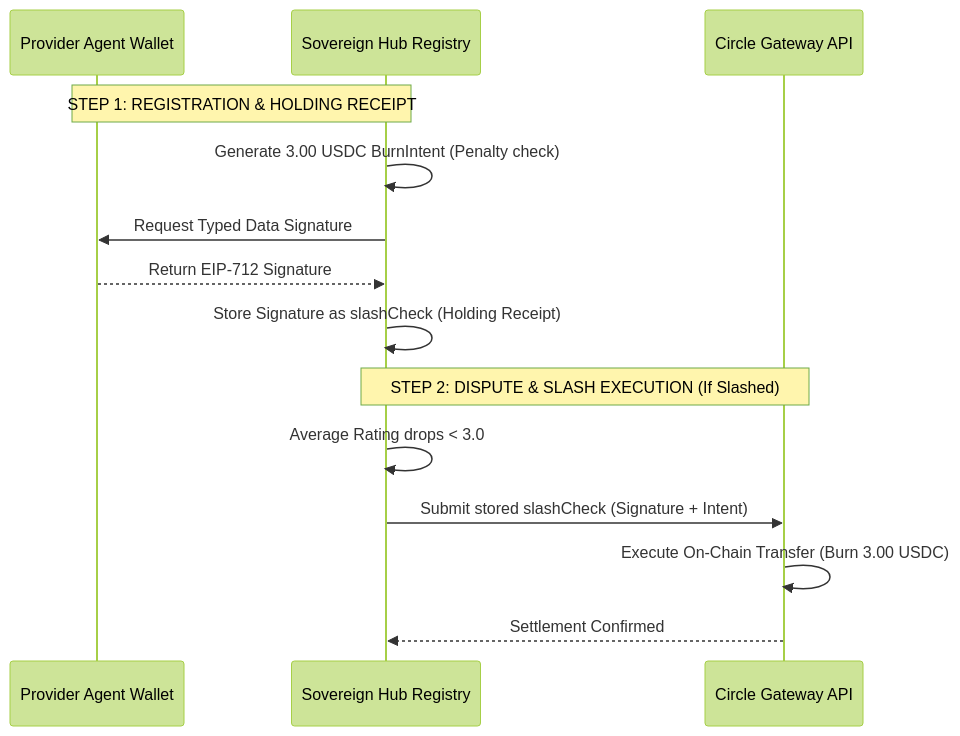
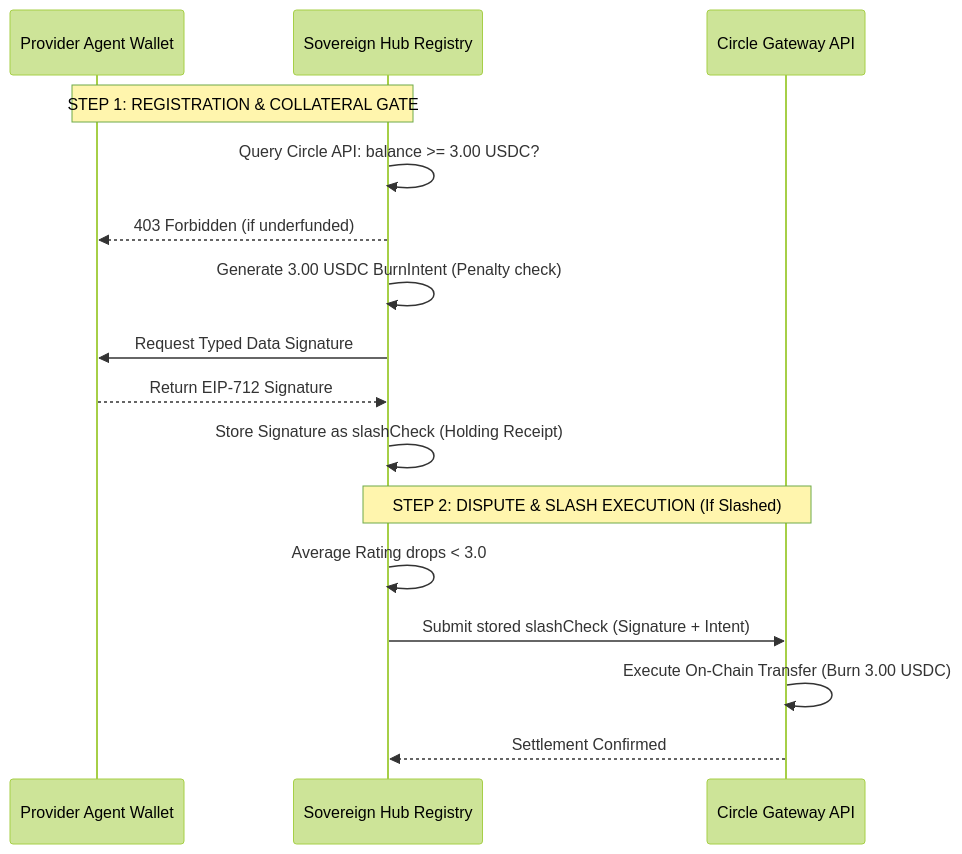
The second of 5 diagrams in README.md (ay-web3/arc-agent-economy), drawn with Mermaid (forest theme) before and after one commit. The commit also changed other lines of this file, not shown here.

Commit message:
docs: overhaul README with 3-layer security architecture, AI Supreme Court and active pruning

````diff
--- a/README.md
+++ b/README.md
@@ -51,18 +84,20 @@
 ```mermaid
 sequenceDiagram
     participant Agent as Provider Agent Wallet
     participant Hub as Sovereign Hub Registry
     participant Gateway as Circle Gateway API
     
-    Note over Agent, Hub: STEP 1: REGISTRATION & HOLDING RECEIPT
+    Note over Agent, Hub: STEP 1: REGISTRATION & COLLATERAL GATE
+    Hub->>Hub: Query Circle API: balance >= 3.00 USDC?
+    Hub-->>Agent: 403 Forbidden (if underfunded)
     Hub->>Hub: Generate 3.00 USDC BurnIntent (Penalty check)
     Hub->>Agent: Request Typed Data Signature
     Agent-->>Hub: Return EIP-712 Signature
     Hub->>Hub: Store Signature as slashCheck (Holding Receipt)
     
     Note over Hub, Gateway: STEP 2: DISPUTE & SLASH EXECUTION (If Slashed)
     Hub->>Hub: Average Rating drops < 3.0
     Hub->>Gateway: Submit stored slashCheck (Signature + Intent)
     Gateway->>Gateway: Execute On-Chain Transfer (Burn 3.00 USDC)
     Gateway-->>Hub: Settlement Confirmed
 ```
````
